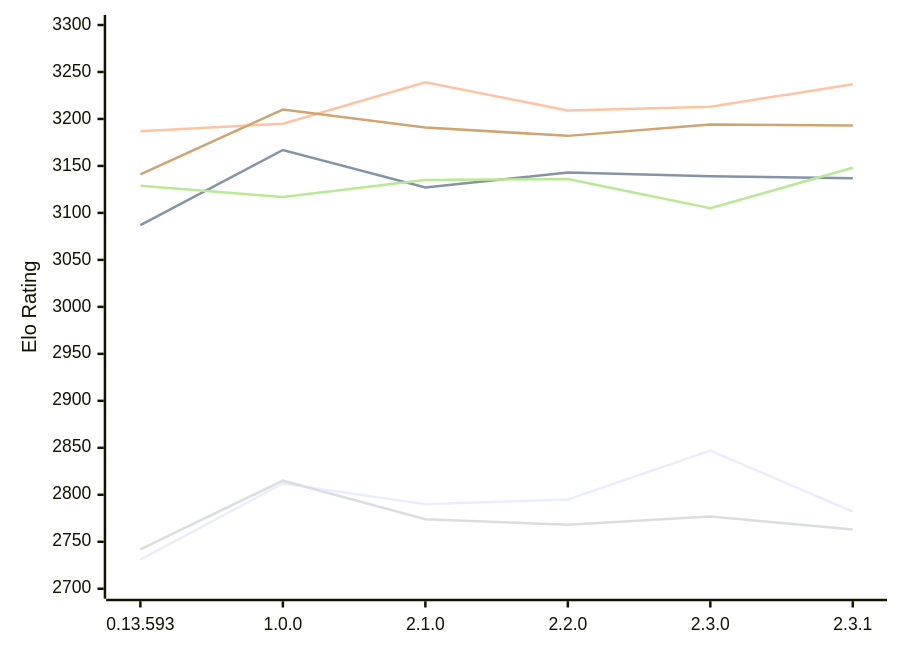
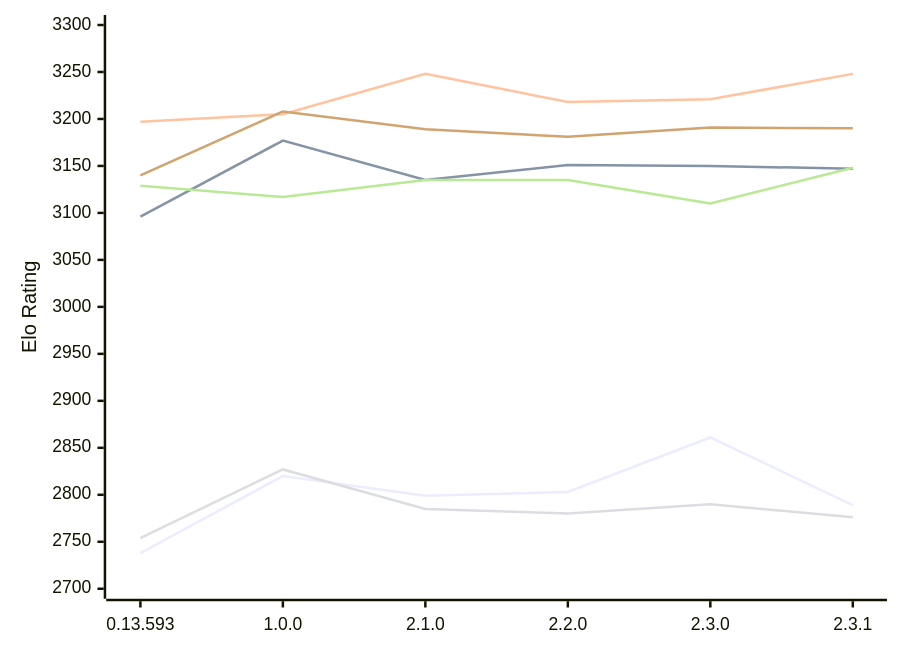
One commit to computer-chess-index/cci changed the diagram in engines/Pawnstar.md. Above: the diagram before and after it, drawn with Mermaid. The commit also changed other lines of this file, not shown here.

Commit message:
Update CCI Ratings (ELO VLTC) - 2026-11-16

````diff
--- a/engines/Pawnstar.md
+++ b/engines/Pawnstar.md
@@ -57,12 +57,12 @@
 ```mermaid
 %%{init: {"theme":"base","themeVariables":{"seriesColors:['#a3a3a3','#222221','#faa371']}}}%%
 xychart-beta
   x-axis ["0.13.593", "1.0.0", "2.1.0", "2.2.0", "2.3.0", "2.3.1"]
   y-axis "Elo Rating" 2700 --> 3300
-  line "E1: STC (8.0+0.08s)" [2731, 2812, 2790, 2795, 2847, 2782]
-  line "E1: LTC (60.0+0.60s)" [3087, 3167, 3127, 3143, 3139, 3137]
-  line "E1: VLTC (2m24s+1.12s)" [3187, 3195, 3239, 3209, 3213, 3237]
-  line "P1: STC (8.0+0.08s)" [2742, 2815, 2774, 2768, 2777, 2763]
-  line "P1: LTC (60.0+0.60s)" [3129, 3117, 3135, 3136, 3105, 3148]
-  line "P1: VLTC (2m24s+1.12s)" [3141, 3210, 3191, 3182, 3194, 3193]
+  line "E1: STC (8.0+0.08s)" [2738, 2820, 2799, 2803, 2861, 2789]
+  line "E1: LTC (60.0+0.60s)" [3096, 3177, 3135, 3151, 3150, 3147]
+  line "E1: VLTC (2m24s+1.12s)" [3197, 3205, 3248, 3218, 3221, 3248]
+  line "P1: STC (8.0+0.08s)" [2754, 2827, 2785, 2780, 2790, 2776]
+  line "P1: LTC (60.0+0.60s)" [3129, 3117, 3135, 3135, 3110, 3148]
+  line "P1: VLTC (2m24s+1.12s)" [3140, 3208, 3189, 3181, 3191, 3190]
 ```
````
